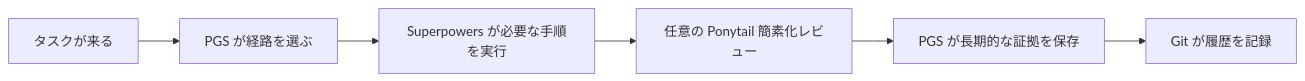
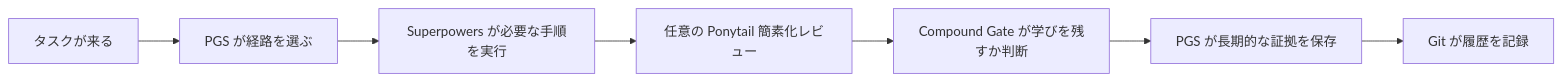
Before and after one commit to PieAIStudio/ProjectGovernanceSystem: the first of 2 diagrams in README.ja-JP.md, drawn with Mermaid. The commit also changed other lines of this file and 11 other files, not shown here.

First line of the commit message:
Align public docs with Compound Gate

````diff
--- a/README.ja-JP.md
+++ b/README.ja-JP.md
@@ -60,8 +62,9 @@
 ```mermaid
 flowchart LR
   A["タスクが来る"] --> B["PGS が経路を選ぶ"]
   B --> C["Superpowers が必要な手順を実行"]
   C --> D["任意の Ponytail 簡素化レビュー"]
-  D --> E["PGS が長期的な証拠を保存"]
-  E --> F["Git が履歴を記録"]
+  D --> E["Compound Gate が学びを残すか判断"]
+  E --> F["PGS が長期的な証拠を保存"]
+  F --> G["Git が履歴を記録"]
 ```
````
